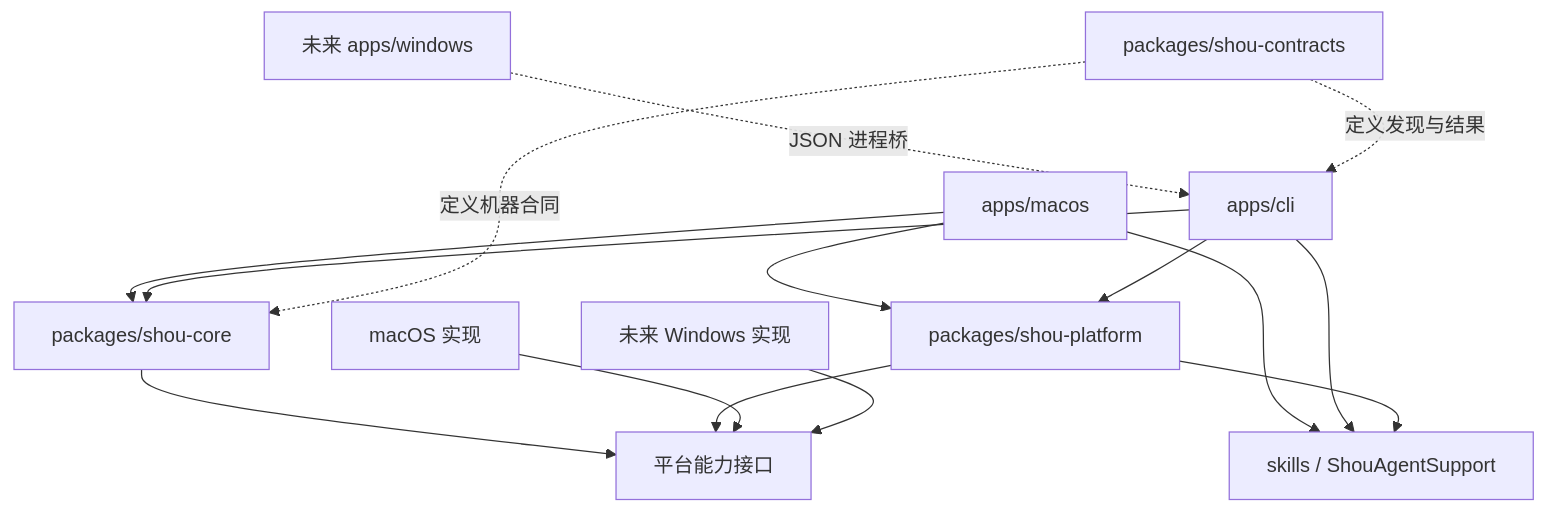
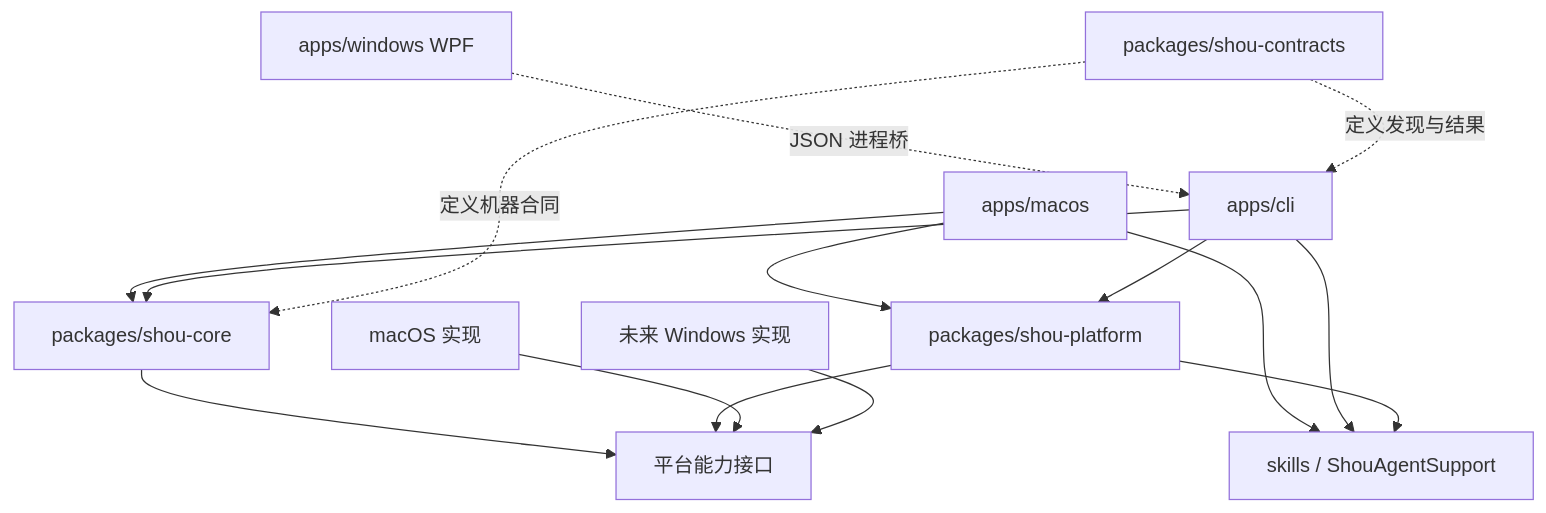
The diagram in docs/zh-CN/architecture/monorepo-and-platforms.md (limecloud/shou), drawn with Mermaid before and after one commit. The commit also changed other lines of this file and 87 other files, not shown here.

````diff
--- a/docs/zh-CN/architecture/monorepo-and-platforms.md
+++ b/docs/zh-CN/architecture/monorepo-and-platforms.md
@@ -50,17 +50,17 @@
 ```mermaid
 flowchart TB
     Mac[apps/macos] --> Core[packages/shou-core]
     Mac --> Platform[packages/shou-platform]
     CLI[apps/cli] --> Core
     CLI --> Platform
     Mac --> AgentSupport[skills / ShouAgentSupport]
     CLI --> AgentSupport
     Platform --> AgentSupport
-    Windows[未来 apps/windows] -.JSON 进程桥.-> CLI
+    Windows[apps/windows WPF] -.JSON 进程桥.-> CLI
     Core --> Interfaces[平台能力接口]
     Platform --> Interfaces
     MacAdapter[macOS 实现] --> Interfaces
     WinAdapter[未来 Windows 实现] --> Interfaces
     Contracts[packages/shou-contracts] -.定义机器合同.-> Core
     Contracts -.定义发现与结果.-> CLI
 ```
````
